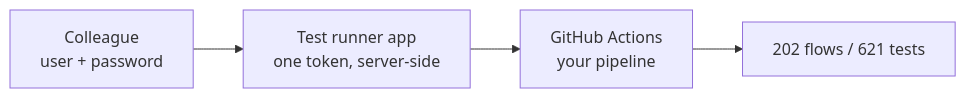
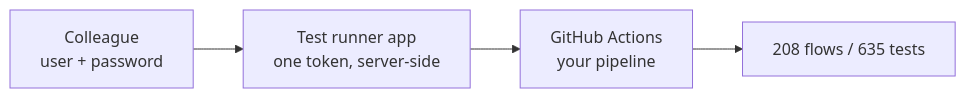
The diagram in docs/features/test-runner.md (asaf-1/Agents-Playground), drawn with Mermaid before and after one commit. The commit also changed 41 other files, not shown here.

````diff
--- a/docs/features/test-runner.md
+++ b/docs/features/test-runner.md
@@ -21,6 +21,6 @@
 ```mermaid
 flowchart LR
   colleague["Colleague<br/>user + password"] --> runner["Test runner app<br/>one token, server-side"]
   runner --> gha["GitHub Actions<br/>your pipeline"]
-  gha --> tests["202 flows / 621 tests"]
+  gha --> tests["208 flows / 635 tests"]
 ```
````
